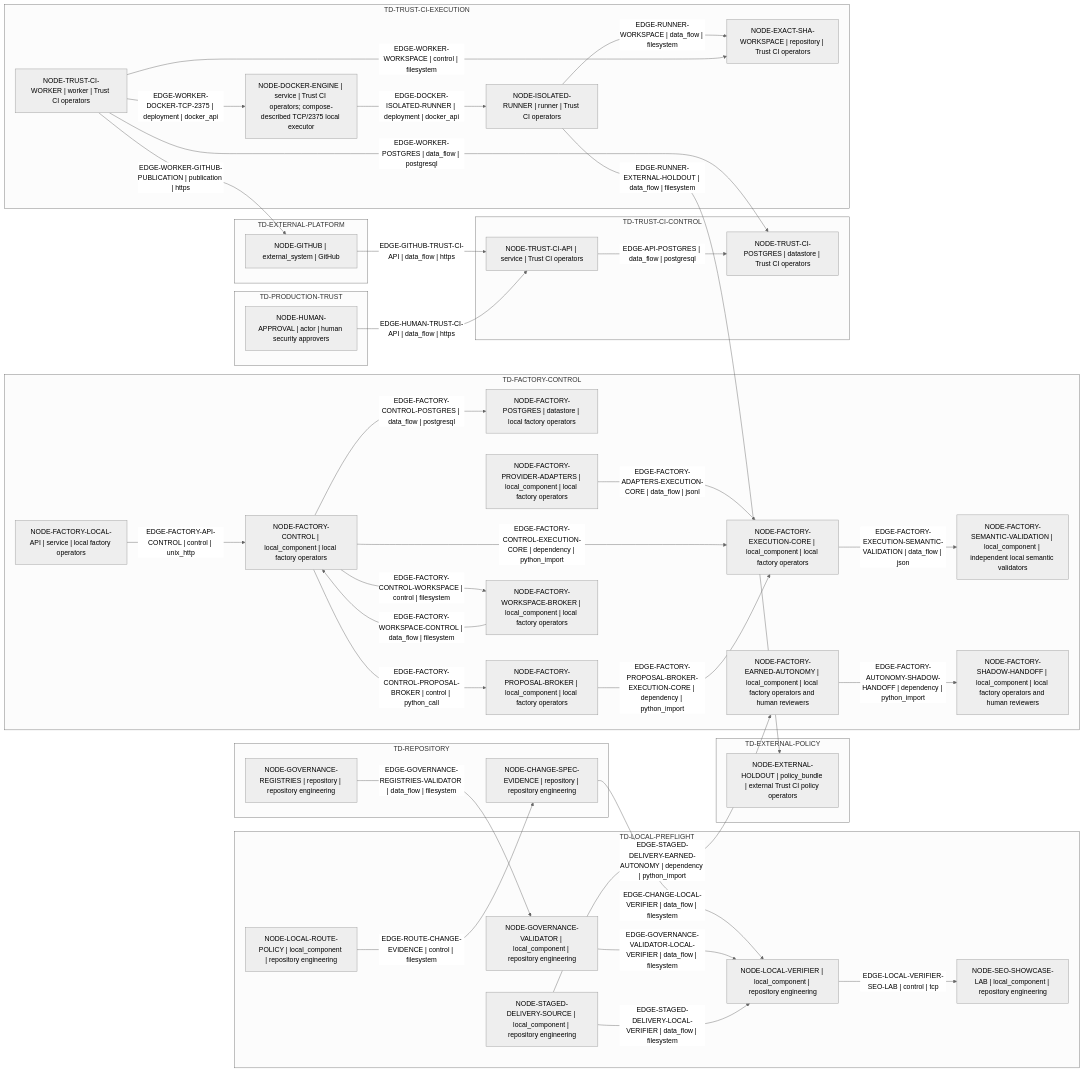
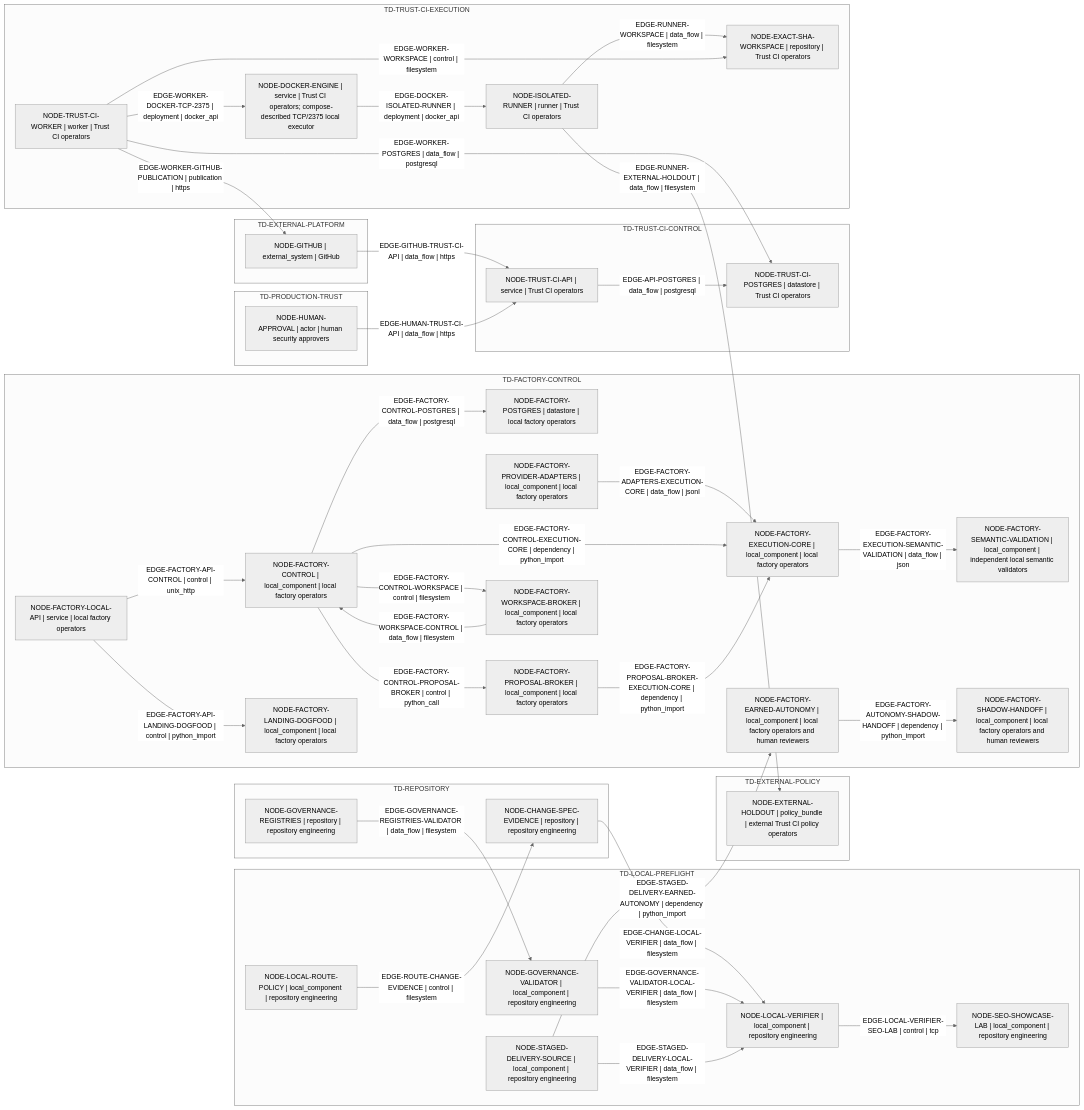
Before and after one commit to Dimkox/adaptive-grok-build-pro: the diagram in architecture/generated/trust-boundary.mmd, drawn with Mermaid (neutral theme). The commit also changed 76 other files, not shown here.

First line of the commit message:
feat: ship L5 multimodal landing factory (#24)

```diff
--- a/architecture/generated/trust-boundary.mmd
+++ b/architecture/generated/trust-boundary.mmd
@@ -1,70 +1,72 @@
 flowchart LR
   subgraph domain_96fb748595c57dce["TD-EXTERNAL-PLATFORM"]
     node_8b8a8cd21b180532["NODE-GITHUB | external_system | GitHub"]
   end
   subgraph domain_ece8d94ff661d9fb["TD-EXTERNAL-POLICY"]
     node_0a0fe2f046a648e9["NODE-EXTERNAL-HOLDOUT | policy_bundle | external Trust CI policy operators"]
   end
   subgraph domain_c4152908c77524f2["TD-FACTORY-CONTROL"]
     node_a6c166e55f8e1784["NODE-FACTORY-CONTROL | local_component | local factory operators"]
     node_379217d10ea012c3["NODE-FACTORY-EARNED-AUTONOMY | local_component | local factory operators and human reviewers"]
     node_0a087cfaed95a8ad["NODE-FACTORY-EXECUTION-CORE | local_component | local factory operators"]
+    node_340c6123d4df34df["NODE-FACTORY-LANDING-DOGFOOD | local_component | local factory operators"]
     node_93915052ae8a2e67["NODE-FACTORY-LOCAL-API | service | local factory operators"]
     node_a77de286f8308fd4["NODE-FACTORY-POSTGRES | datastore | local factory operators"]
     node_21b552fdfa11f1c2["NODE-FACTORY-PROPOSAL-BROKER | local_component | local factory operators"]
     node_fae11f6a95d982dc["NODE-FACTORY-PROVIDER-ADAPTERS | local_component | local factory operators"]
     node_c10acb5d92ad0ee0["NODE-FACTORY-SEMANTIC-VALIDATION | local_component | independent local semantic validators"]
     node_c3bf47ff1c652923["NODE-FACTORY-SHADOW-HANDOFF | local_component | local factory operators and human reviewers"]
     node_23f89cd7152cc030["NODE-FACTORY-WORKSPACE-BROKER | local_component | local factory operators"]
   end
   subgraph domain_fa5ae843eb45e375["TD-LOCAL-PREFLIGHT"]
     node_23677f8757246623["NODE-GOVERNANCE-VALIDATOR | local_component | repository engineering"]
     node_770cf3a1783e8525["NODE-LOCAL-ROUTE-POLICY | local_component | repository engineering"]
     node_23bed8fcbfc79861["NODE-LOCAL-VERIFIER | local_component | repository engineering"]
     node_d4421144c1dd4abe["NODE-SEO-SHOWCASE-LAB | local_component | repository engineering"]
     node_e1da543fa66b0086["NODE-STAGED-DELIVERY-SOURCE | local_component | repository engineering"]
   end
   subgraph domain_93c532f149d3e2d5["TD-PRODUCTION-TRUST"]
     node_e4e37173e410ad23["NODE-HUMAN-APPROVAL | actor | human security approvers"]
   end
   subgraph domain_734c10023f9857a2["TD-REPOSITORY"]
     node_8938bd3db1932751["NODE-CHANGE-SPEC-EVIDENCE | repository | repository engineering"]
     node_dfd1104494c6ab8f["NODE-GOVERNANCE-REGISTRIES | repository | repository engineering"]
   end
   subgraph domain_7f80d82d053144ab["TD-TRUST-CI-CONTROL"]
     node_d0e570b2fbe52f98["NODE-TRUST-CI-API | service | Trust CI operators"]
     node_1a6c7efb2d08591b["NODE-TRUST-CI-POSTGRES | datastore | Trust CI operators"]
   end
   subgraph domain_65e7aeb3bb37c460["TD-TRUST-CI-EXECUTION"]
     node_4e78270f61d78ed8["NODE-DOCKER-ENGINE | service | Trust CI operators; compose-described TCP/2375 local executor"]
     node_2e8a7072de3f3743["NODE-EXACT-SHA-WORKSPACE | repository | Trust CI operators"]
     node_1c3a10ba26a8e80d["NODE-ISOLATED-RUNNER | runner | Trust CI operators"]
     node_070dda93443dcc1f["NODE-TRUST-CI-WORKER | worker | Trust CI operators"]
   end
   node_d0e570b2fbe52f98 -->|"EDGE-API-POSTGRES | data_flow | postgresql"| node_1a6c7efb2d08591b
   node_8938bd3db1932751 -->|"EDGE-CHANGE-LOCAL-VERIFIER | data_flow | filesystem"| node_23bed8fcbfc79861
   node_4e78270f61d78ed8 -->|"EDGE-DOCKER-ISOLATED-RUNNER | deployment | docker_api"| node_1c3a10ba26a8e80d
   node_fae11f6a95d982dc -->|"EDGE-FACTORY-ADAPTERS-EXECUTION-CORE | data_flow | jsonl"| node_0a087cfaed95a8ad
   node_93915052ae8a2e67 -->|"EDGE-FACTORY-API-CONTROL | control | unix_http"| node_a6c166e55f8e1784
+  node_93915052ae8a2e67 -->|"EDGE-FACTORY-API-LANDING-DOGFOOD | control | python_import"| node_340c6123d4df34df
   node_379217d10ea012c3 -->|"EDGE-FACTORY-AUTONOMY-SHADOW-HANDOFF | dependency | python_import"| node_c3bf47ff1c652923
   node_a6c166e55f8e1784 -->|"EDGE-FACTORY-CONTROL-EXECUTION-CORE | dependency | python_import"| node_0a087cfaed95a8ad
   node_a6c166e55f8e1784 -->|"EDGE-FACTORY-CONTROL-POSTGRES | data_flow | postgresql"| node_a77de286f8308fd4
   node_a6c166e55f8e1784 -->|"EDGE-FACTORY-CONTROL-PROPOSAL-BROKER | control | python_call"| node_21b552fdfa11f1c2
   node_a6c166e55f8e1784 -->|"EDGE-FACTORY-CONTROL-WORKSPACE | control | filesystem"| node_23f89cd7152cc030
   node_0a087cfaed95a8ad -->|"EDGE-FACTORY-EXECUTION-SEMANTIC-VALIDATION | data_flow | json"| node_c10acb5d92ad0ee0
   node_21b552fdfa11f1c2 -->|"EDGE-FACTORY-PROPOSAL-BROKER-EXECUTION-CORE | dependency | python_import"| node_0a087cfaed95a8ad
   node_23f89cd7152cc030 -->|"EDGE-FACTORY-WORKSPACE-CONTROL | data_flow | filesystem"| node_a6c166e55f8e1784
   node_8b8a8cd21b180532 -->|"EDGE-GITHUB-TRUST-CI-API | data_flow | https"| node_d0e570b2fbe52f98
   node_dfd1104494c6ab8f -->|"EDGE-GOVERNANCE-REGISTRIES-VALIDATOR | data_flow | filesystem"| node_23677f8757246623
   node_23677f8757246623 -->|"EDGE-GOVERNANCE-VALIDATOR-LOCAL-VERIFIER | data_flow | filesystem"| node_23bed8fcbfc79861
   node_e4e37173e410ad23 -->|"EDGE-HUMAN-TRUST-CI-API | data_flow | https"| node_d0e570b2fbe52f98
   node_23bed8fcbfc79861 -->|"EDGE-LOCAL-VERIFIER-SEO-LAB | control | tcp"| node_d4421144c1dd4abe
   node_770cf3a1783e8525 -->|"EDGE-ROUTE-CHANGE-EVIDENCE | control | filesystem"| node_8938bd3db1932751
   node_1c3a10ba26a8e80d -->|"EDGE-RUNNER-EXTERNAL-HOLDOUT | data_flow | filesystem"| node_0a0fe2f046a648e9
   node_1c3a10ba26a8e80d -->|"EDGE-RUNNER-WORKSPACE | data_flow | filesystem"| node_2e8a7072de3f3743
   node_e1da543fa66b0086 -->|"EDGE-STAGED-DELIVERY-EARNED-AUTONOMY | dependency | python_import"| node_379217d10ea012c3
   node_e1da543fa66b0086 -->|"EDGE-STAGED-DELIVERY-LOCAL-VERIFIER | data_flow | filesystem"| node_23bed8fcbfc79861
   node_070dda93443dcc1f -->|"EDGE-WORKER-DOCKER-TCP-2375 | deployment | docker_api"| node_4e78270f61d78ed8
   node_070dda93443dcc1f -->|"EDGE-WORKER-GITHUB-PUBLICATION | publication | https"| node_8b8a8cd21b180532
   node_070dda93443dcc1f -->|"EDGE-WORKER-POSTGRES | data_flow | postgresql"| node_1a6c7efb2d08591b
   node_070dda93443dcc1f -->|"EDGE-WORKER-WORKSPACE | control | filesystem"| node_2e8a7072de3f3743
```
